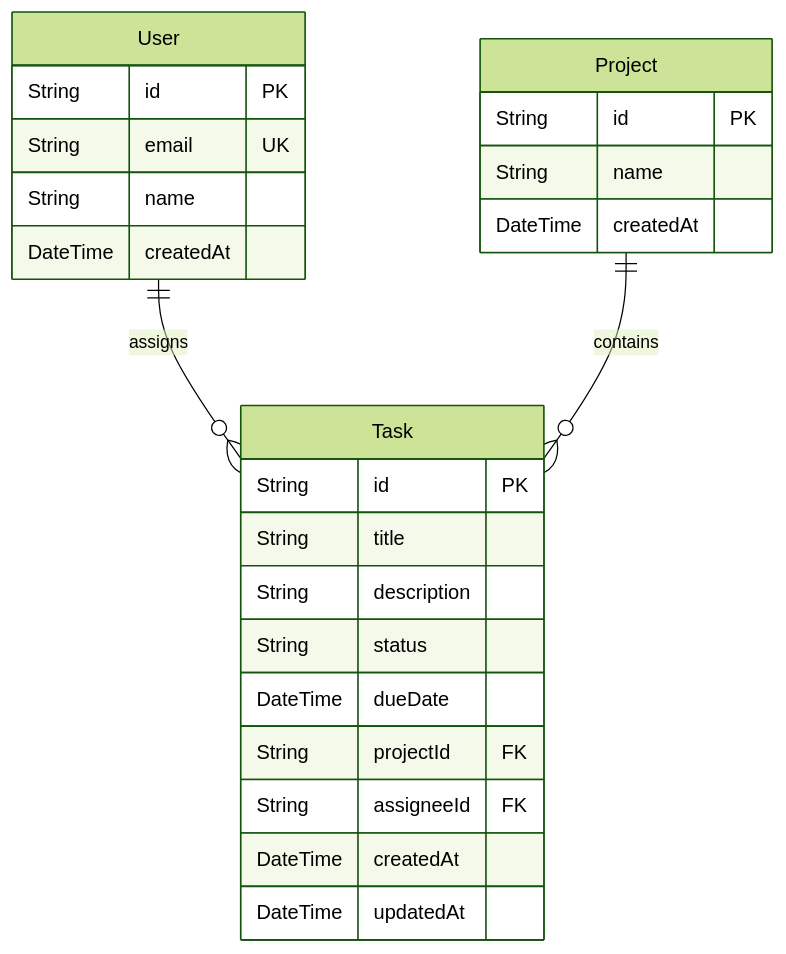
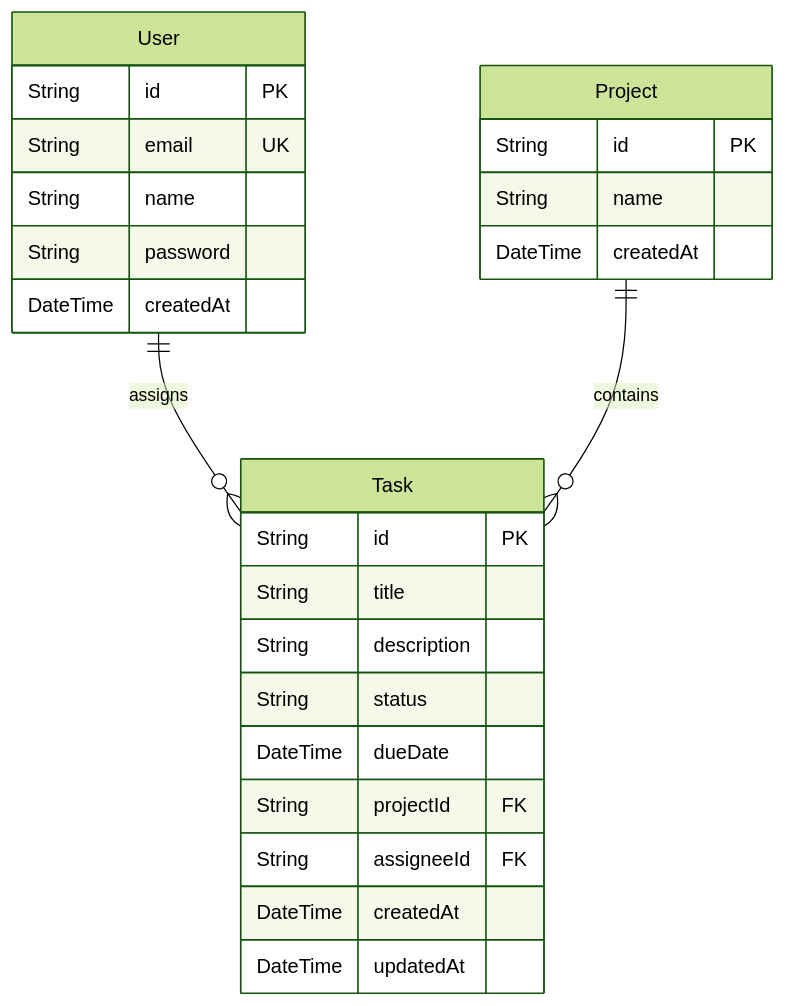
Before and after one commit to kojiro-tsuji/task-app-asana-clone: the second of 2 diagrams in README.md, drawn with Mermaid (forest theme). The commit also changed other lines of this file, not shown here.

Commit message:
docs: enrich README with live URL, architecture, credentials, and feature details

````diff
--- a/README.md
+++ b/README.md
@@ -71,28 +92,29 @@
 ```mermaid
 erDiagram
     User {
         String id PK
         String email UK
         String name
+        String password
         DateTime createdAt
     }
     Project {
         String id PK
         String name
         DateTime createdAt
     }
     Task {
         String id PK
         String title
         String description
         String status
         DateTime dueDate
         String projectId FK
         String assigneeId FK
         DateTime createdAt
         DateTime updatedAt
     }
 
     User ||--o{ Task : "assigns"
     Project ||--o{ Task : "contains"
 ```
````
